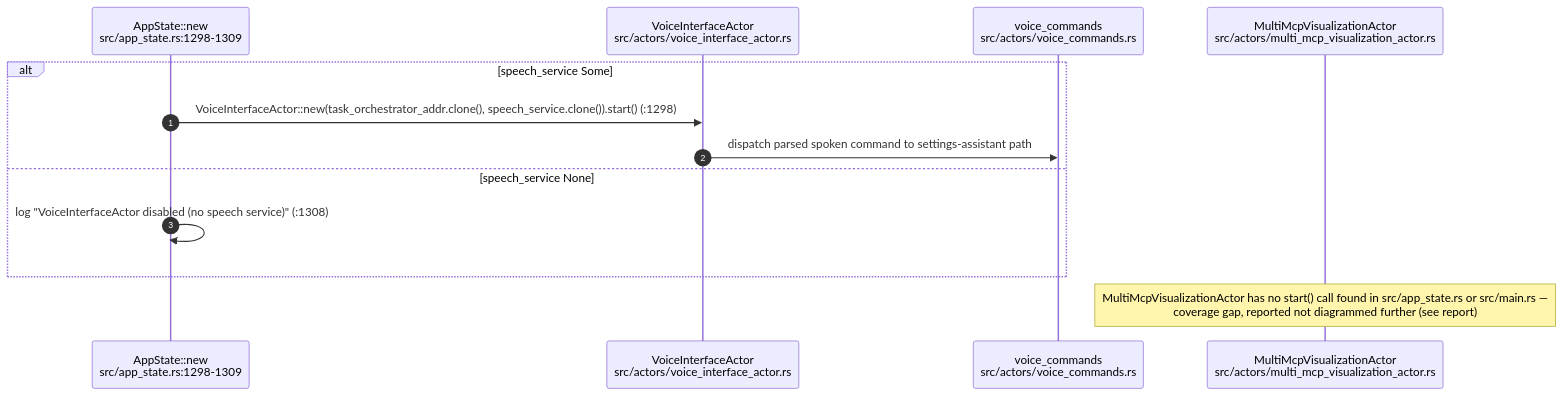
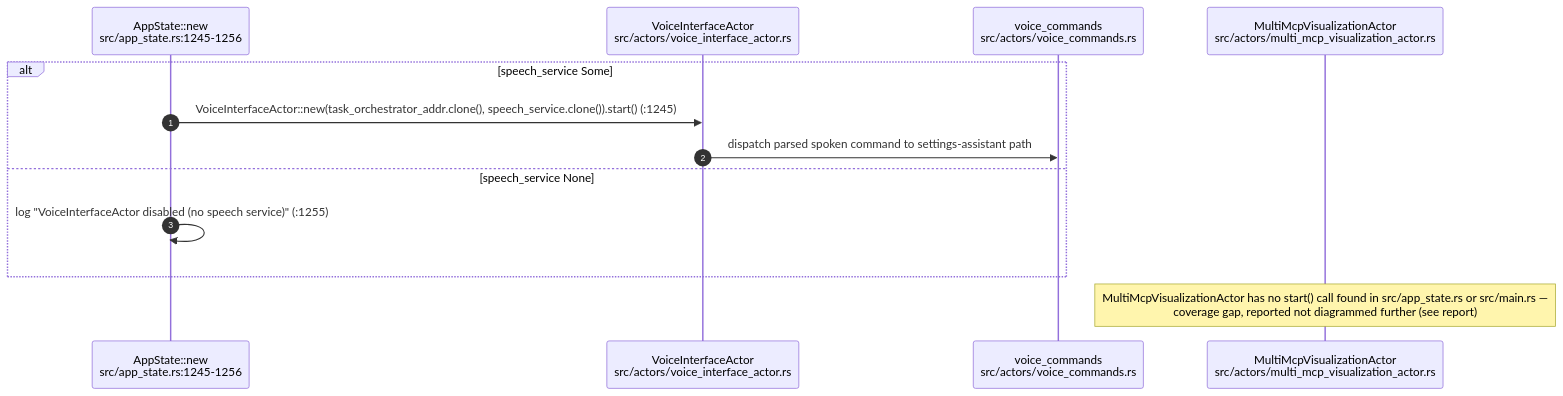
Diagram 13 of 14 in docs/diagrams/visionclaw/02-actor-supervision.md (DreamLab-AI/VisionFlow), drawn with Mermaid before and after one commit. The commit also changed other lines of this file and 160 other files, not shown here.

````diff
--- a/docs/diagrams/visionclaw/02-actor-supervision.md
+++ b/docs/diagrams/visionclaw/02-actor-supervision.md
@@ -477,16 +486,16 @@
 ```mermaid
 sequenceDiagram
     autonumber
-    participant APP as AppState::new<br/>src/app_state.rs:1298-1309
+    participant APP as AppState::new<br/>src/app_state.rs:1245-1256
     participant VI as VoiceInterfaceActor<br/>src/actors/voice_interface_actor.rs
     participant VC as voice_commands<br/>src/actors/voice_commands.rs
     participant MMV as MultiMcpVisualizationActor<br/>src/actors/multi_mcp_visualization_actor.rs
 
     alt speech_service Some
-        APP->>VI: VoiceInterfaceActor::new(task_orchestrator_addr.clone(), speech_service.clone()).start() (:1298)
+        APP->>VI: VoiceInterfaceActor::new(task_orchestrator_addr.clone(), speech_service.clone()).start() (:1245)
         VI->>VC: dispatch parsed spoken command to settings-assistant path
     else speech_service None
-        APP->>APP: log "VoiceInterfaceActor disabled (no speech service)" (:1308)
+        APP->>APP: log "VoiceInterfaceActor disabled (no speech service)" (:1255)
     end
     Note over MMV: MultiMcpVisualizationActor has no start() call found in src/app_state.rs or src/main.rs —<br/>coverage gap, reported not diagrammed further (see report)
 ```
````
